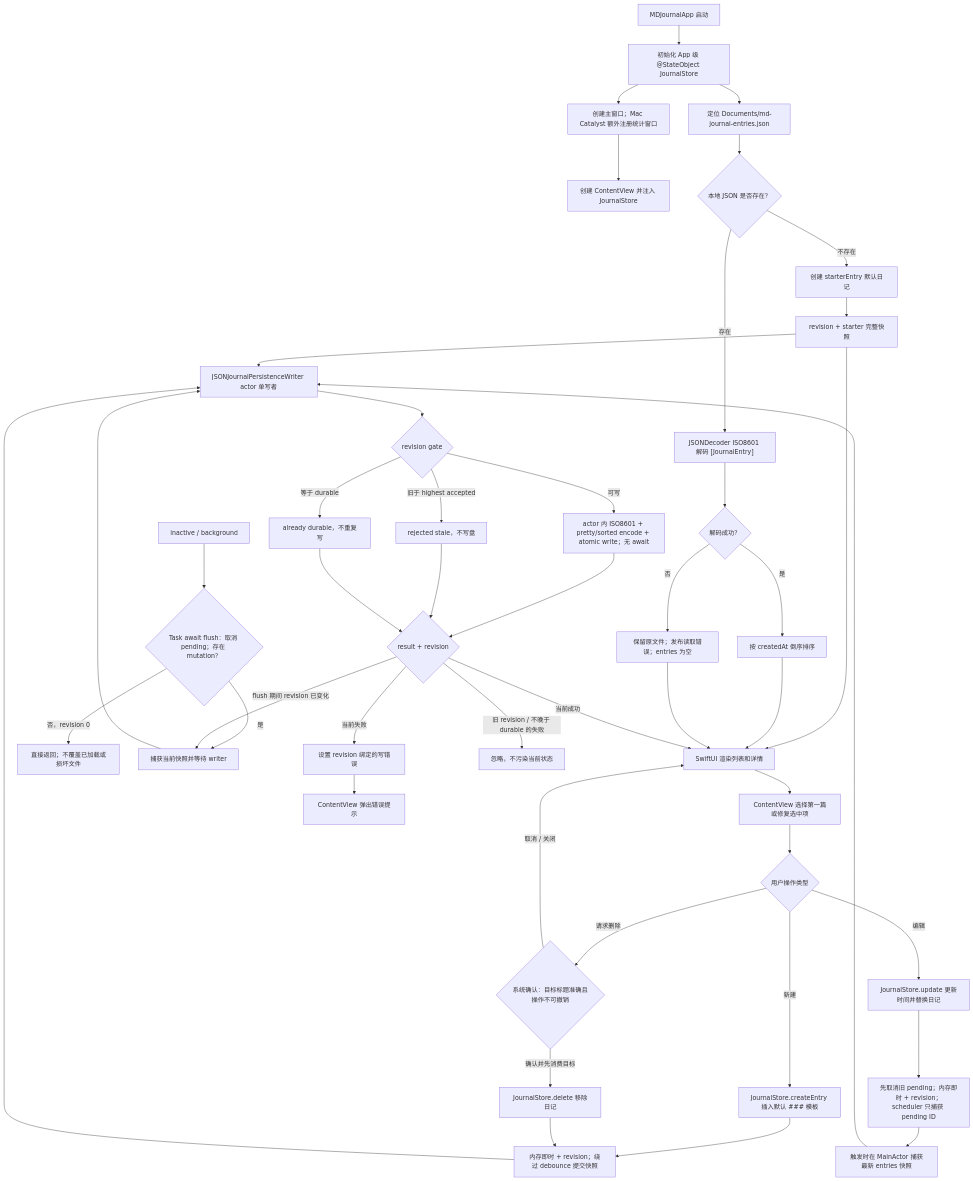
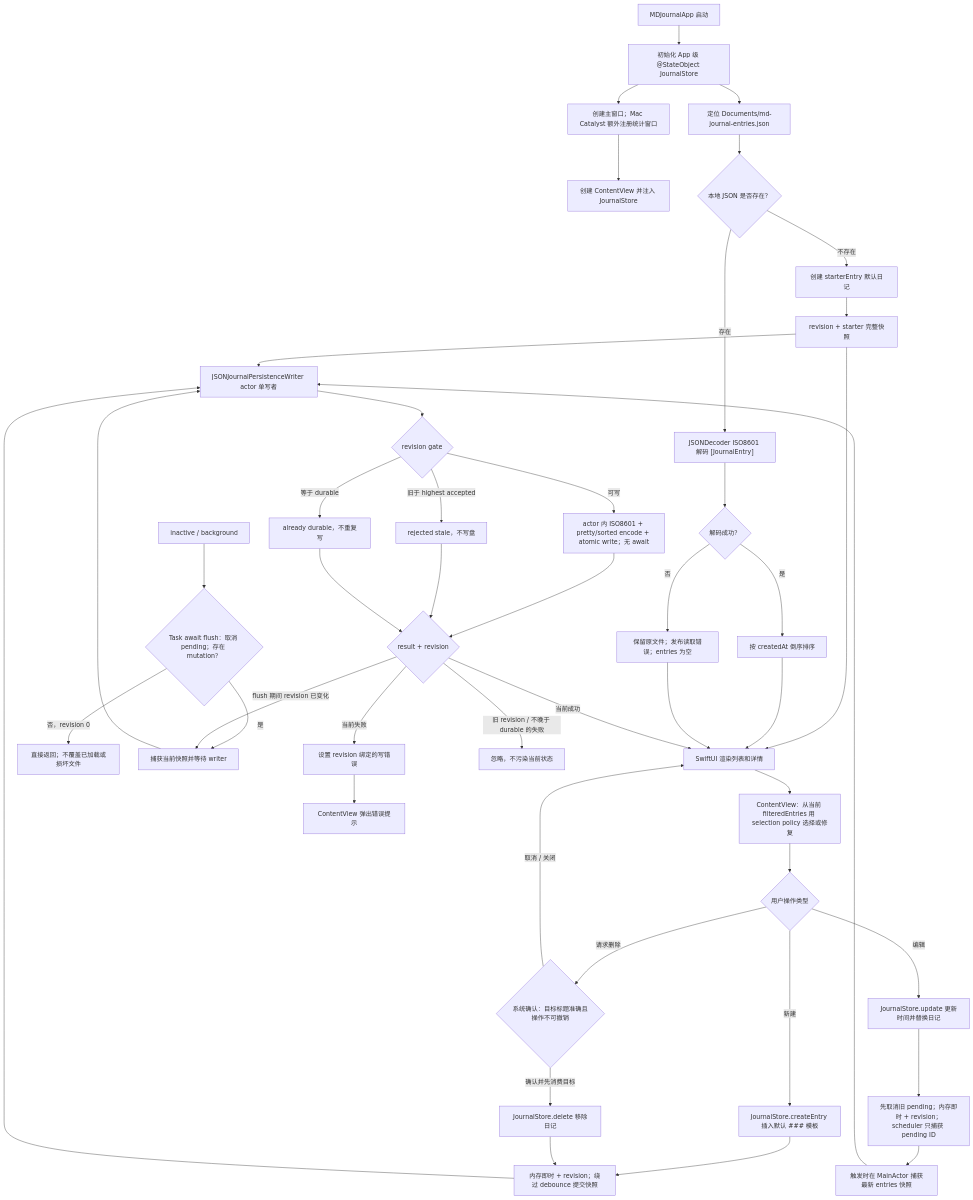
One commit to Altman-sam114/117 changed the second of 6 diagrams in md/flow/flowchart.md. Above: the diagram before and after it, drawn with Mermaid. The commit also changed other lines of this file and 11 other files, not shown here.

````diff
--- a/md/flow/flowchart.md
+++ b/md/flow/flowchart.md
@@ -86,47 +92,47 @@
 ```mermaid
 flowchart TD
   App["MDJournalApp 启动"] --> InitStore["初始化 App 级 @StateObject JournalStore"]
   InitStore --> Scenes["创建主窗口；Mac Catalyst 额外注册统计窗口"]
   Scenes --> Content["创建 ContentView 并注入 JournalStore"]
   InitStore --> Locate["定位 Documents/md-journal-entries.json"]
   Locate --> Exists{"本地 JSON 是否存在？"}
   Exists -- "不存在" --> Starter["创建 starterEntry 默认日记"]
   Starter --> StarterSnapshot["revision + starter 完整快照"]
   Exists -- "存在" --> Decode["JSONDecoder ISO8601 解码 [JournalEntry]"]
   Decode --> DecodeResult{"解码成功？"}
   DecodeResult -- "是" --> SortA["按 createdAt 倒序排序"]
   DecodeResult -- "否" --> ReadError["保留原文件；发布读取错误；entries 为空"]
   StarterSnapshot --> Writer
   StarterSnapshot --> Render["SwiftUI 渲染列表和详情"]
   SortA --> Render
   ReadError --> Render
-  Render --> Select["ContentView 选择第一篇或修复选中项"]
+  Render --> Select["ContentView：从当前 filteredEntries 用 selection policy 选择或修复"]
   Select --> Edit{"用户操作类型"}
   Edit -- "新建" --> Create["JournalStore.createEntry 插入默认 ### 模板"]
   Edit -- "编辑" --> Update["JournalStore.update 更新时间并替换日记"]
   Edit -- "请求删除" --> ConfirmDelete{"系统确认：目标标题准确且操作不可撤销"}
   ConfirmDelete -- "取消 / 关闭" --> Render
   ConfirmDelete -- "确认并先消费目标" --> Delete["JournalStore.delete 移除日记"]
   Create --> ImmediateSnapshot["内存即时 + revision；绕过 debounce 提交快照"]
   Delete --> ImmediateSnapshot
   Update --> DebouncedSave["先取消旧 pending；内存即时 + revision；scheduler 只捕获 pending ID"]
   DebouncedSave --> Snapshot["触发时在 MainActor 捕获最新 entries 快照"]
   ImmediateSnapshot --> Writer["JSONJournalPersistenceWriter actor 单写者"]
   Snapshot --> Writer
   Phase["inactive / background"] --> FlushCheck{"Task await flush：取消 pending；存在 mutation？"}
   FlushCheck -- "否，revision 0" --> NoWrite["直接返回；不覆盖已加载或损坏文件"]
   FlushCheck -- "是" --> Flush["捕获当前快照并等待 writer"]
   Flush --> Writer
   Writer --> Gate{"revision gate"}
   Gate -- "旧于 highest accepted" --> Stale["rejected stale，不写盘"]
   Gate -- "等于 durable" --> Durable["already durable，不重复写"]
   Gate -- "可写" --> Atomic["actor 内 ISO8601 + pretty/sorted encode + atomic write；无 await"]
   Atomic --> Result{"result + revision"}
   Stale --> Result
   Durable --> Result
   Result -- "flush 期间 revision 已变化" --> Flush
   Result -- "当前成功" --> Render
   Result -- "当前失败" --> SaveError["设置 revision 绑定的写错误"]
   Result -- "旧 revision / 不晚于 durable 的失败" --> Ignore["忽略，不污染当前状态"]
   SaveError --> Alert["ContentView 弹出错误提示"]
 ```
````
